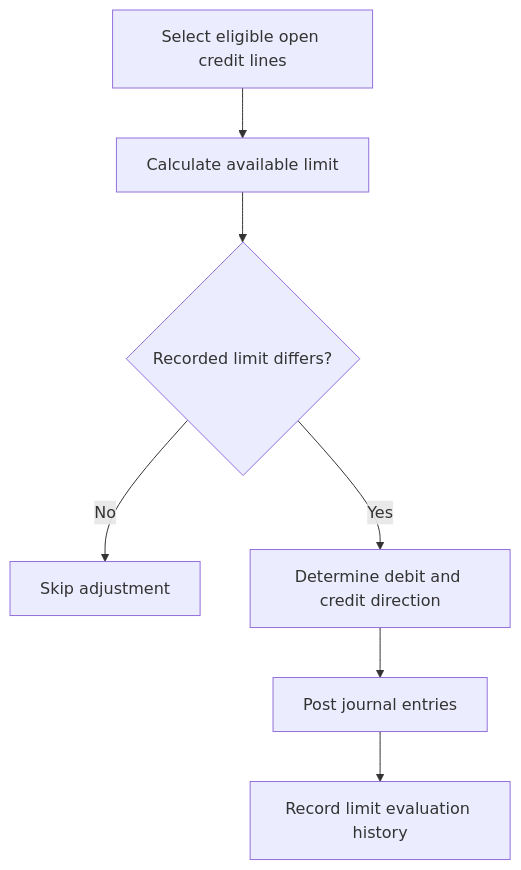
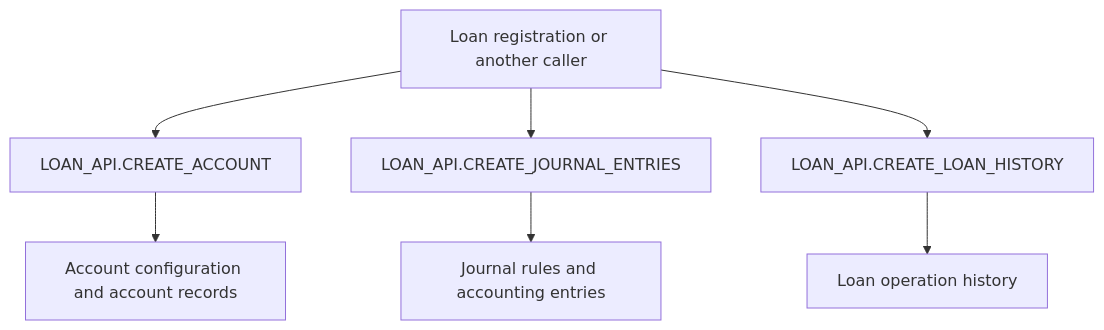
Before and after one commit to SadayCb/gni-documentation-poc7.0: the first of 3 diagrams in docs/workflows.md, drawn with Mermaid. The commit also changed other lines of this file, not shown here.

````diff
--- a/docs/workflows.md
+++ b/docs/workflows.md
@@ -20,9 +17,9 @@
 ```mermaid
 flowchart TD
- A[Select eligible open credit lines] --> B[Calculate available limit]
- B --> C{Recorded limit differs?}
- C -->|No| D[Skip adjustment]
- C -->|Yes| E[Determine debit and credit direction]
- E --> F[Post journal entries]
- F --> G[Record limit evaluation history]
+  A[Loan registration or another caller] --> B[LOAN_API.CREATE_ACCOUNT]
+  B --> C[Account configuration and account records]
+  A --> D[LOAN_API.CREATE_JOURNAL_ENTRIES]
+  D --> E[Journal rules and accounting entries]
+  A --> F[LOAN_API.CREATE_LOAN_HISTORY]
+  F --> G[Loan operation history]
 ```
````
